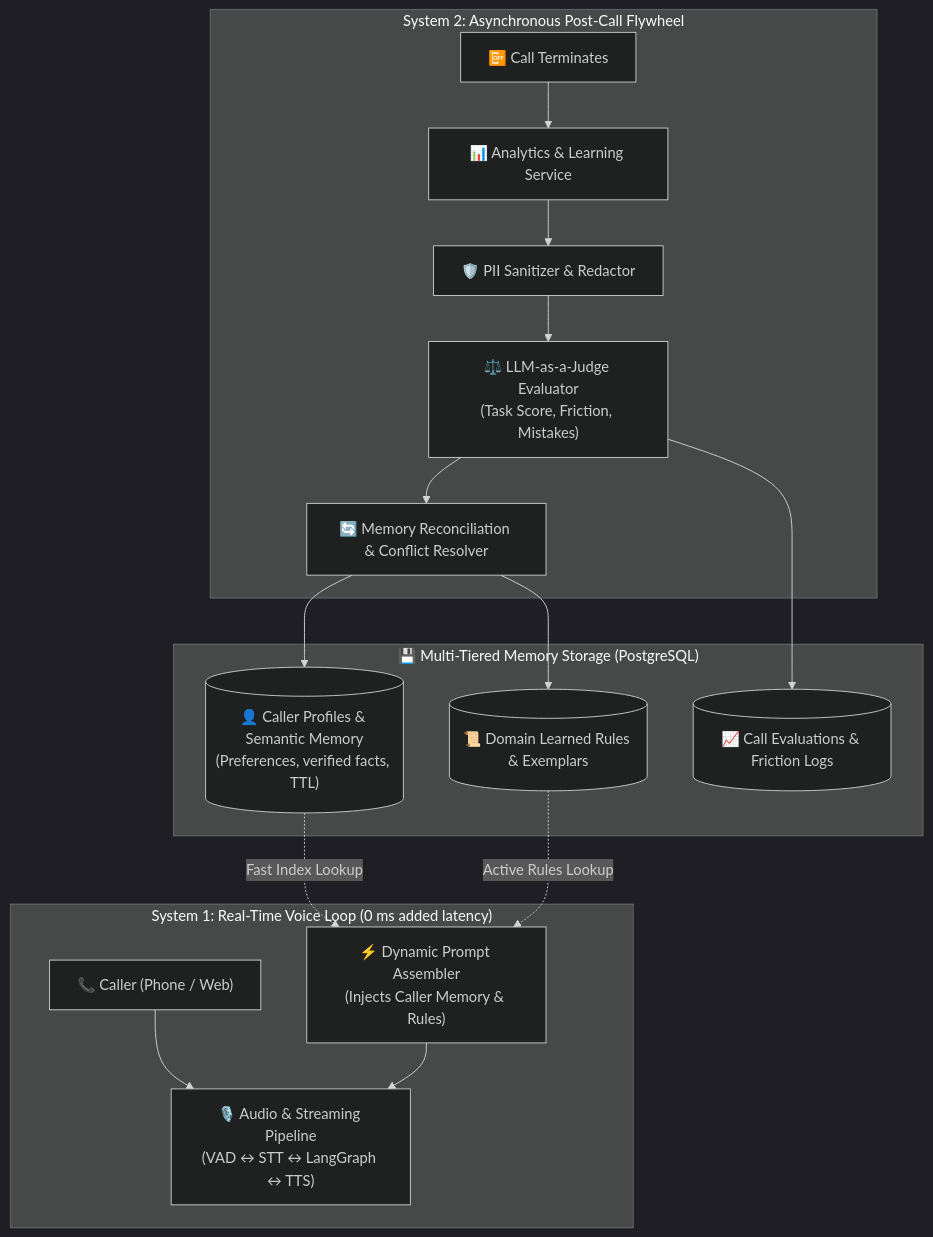
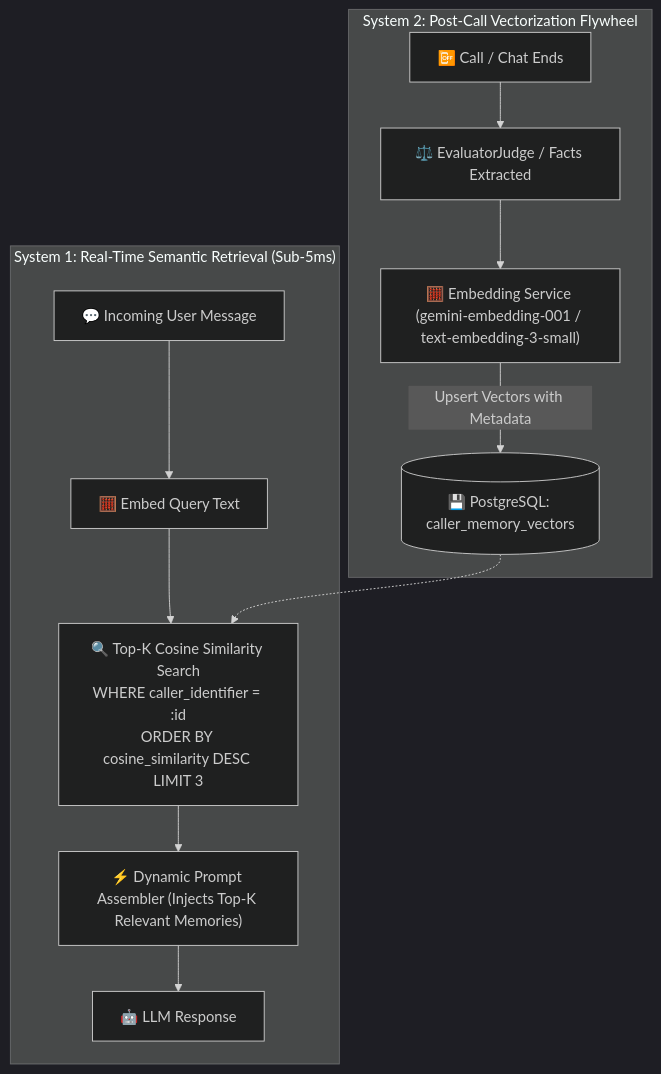
Before and after one commit to Parshuram480/AI-Voice-Agent: the diagram in implementation_plan.md, drawn with Mermaid (dark theme). The commit also changed other lines of this file and 22 other files, not shown here.

Commit message:
feat: implement continuous learning architecture with dynamic database, memory management, and tool execution services

````diff
--- a/implementation_plan.md
+++ b/implementation_plan.md
@@ -7,36 +9,27 @@
 ```mermaid
 flowchart TD
-    subgraph S1["System 1: Real-Time Voice Loop (0 ms added latency)"]
-        Caller["📞 Caller (Phone / Web)"]
-        AudioLoop["🎙️ Audio & Streaming Pipeline<br/>(VAD ↔ STT ↔ LangGraph ↔ TTS)"]
-        Assembler["⚡ Dynamic Prompt Assembler<br/>(Injects Caller Memory & Rules)"]
-        Caller --> AudioLoop
-        Assembler --> AudioLoop
+    subgraph S2["System 2: Post-Call Vectorization Flywheel"]
+        CallEnd["📴 Call / Chat Ends"]
+        Judge["⚖️ EvaluatorJudge / Facts Extracted"]
+        EmbedFact["🧮 Embedding Service (gemini-embedding-001 / text-embedding-3-small)"]
+        VecDB[("💾 PostgreSQL: caller_memory_vectors")]
+        
+        CallEnd --> Judge
+        Judge --> EmbedFact
+        EmbedFact -->|Upsert Vectors with Metadata| VecDB
     end
 
-    subgraph S2["System 2: Asynchronous Post-Call Flywheel"]
-        CallEnd["📴 Call Terminates"]
-        Analytics["📊 Analytics & Learning Service"]
-        PII["🛡️ PII Sanitizer & Redactor"]
-        Judge["⚖️ LLM-as-a-Judge Evaluator<br/>(Task Score, Friction, Mistakes)"]
-        Recon["🔄 Memory Reconciliation & Conflict Resolver"]
+    subgraph S1["System 1: Real-Time Semantic Retrieval (Sub-5ms)"]
+        UserMsg["💬 Incoming User Message"]
+        EmbedQuery["🧮 Embed Query Text"]
+        SimSearch["🔍 Top-K Cosine Similarity Search<br/>WHERE caller_identifier = :id<br/>ORDER BY cosine_similarity DESC LIMIT 3"]
+        Assembler["⚡ Dynamic Prompt Assembler (Injects Top-K Relevant Memories)"]
+        LLM["🤖 LLM Response"]
         
-        CallEnd --> Analytics
-        Analytics --> PII
-        PII --> Judge
-        Judge --> Recon
+        UserMsg --> EmbedQuery
+        EmbedQuery --> SimSearch
+        VecDB -.-> SimSearch
+        SimSearch --> Assembler
+        Assembler --> LLM
     end
-
-    subgraph DB["💾 Multi-Tiered Memory Storage (PostgreSQL)"]
-        SemanticDB[("👤 Caller Profiles & Semantic Memory<br/>(Preferences, verified facts, TTL)")]
-        EvalDB[("📈 Call Evaluations & Friction Logs")]
-        ProceduralDB[("📜 Domain Learned Rules & Exemplars")]
-        
-        Recon --> SemanticDB
-        Judge --> EvalDB
-        Recon --> ProceduralDB
-    end
-
-    SemanticDB -.->|Fast Index Lookup| Assembler
-    ProceduralDB -.->|Active Rules Lookup| Assembler
 ```
````
